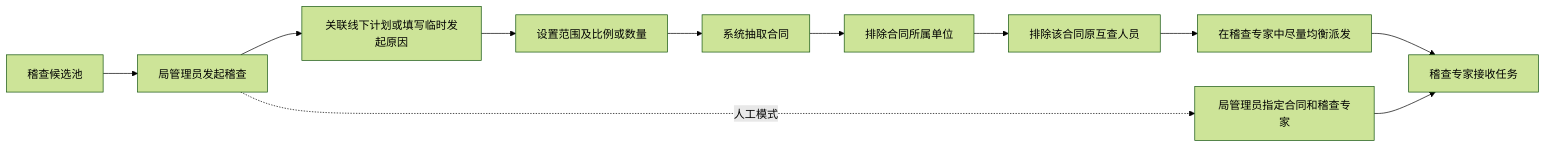
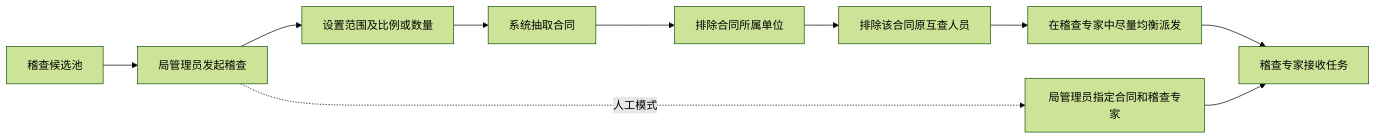
One commit to LRainD/LRainD.github.io changed the ninth of 16 diagrams in axureMake/docs/四局一单一检/prd.md. Above: the diagram before and after it, drawn with Mermaid (forest theme). The commit also changed other lines of this file and 25 other files, not shown here.

````diff
--- a/axureMake/docs/四局一单一检/prd.md
+++ b/axureMake/docs/四局一单一检/prd.md
@@ -624,13 +592,12 @@
 ```mermaid
 flowchart LR
     A[稽查候选池] --> B[局管理员发起稽查]
-    B --> C[关联线下计划或填写临时发起原因]
-    C --> D[设置范围及比例或数量]
+    B --> D[设置范围及比例或数量]
     D --> E[系统抽取合同]
     E --> F[排除合同所属单位]
     F --> G[排除该合同原互查人员]
     G --> H[在稽查专家中尽量均衡派发]
     H --> I[稽查专家接收任务]
     B -.人工模式.-> J[局管理员指定合同和稽查专家]
     J --> I
 ```
````
